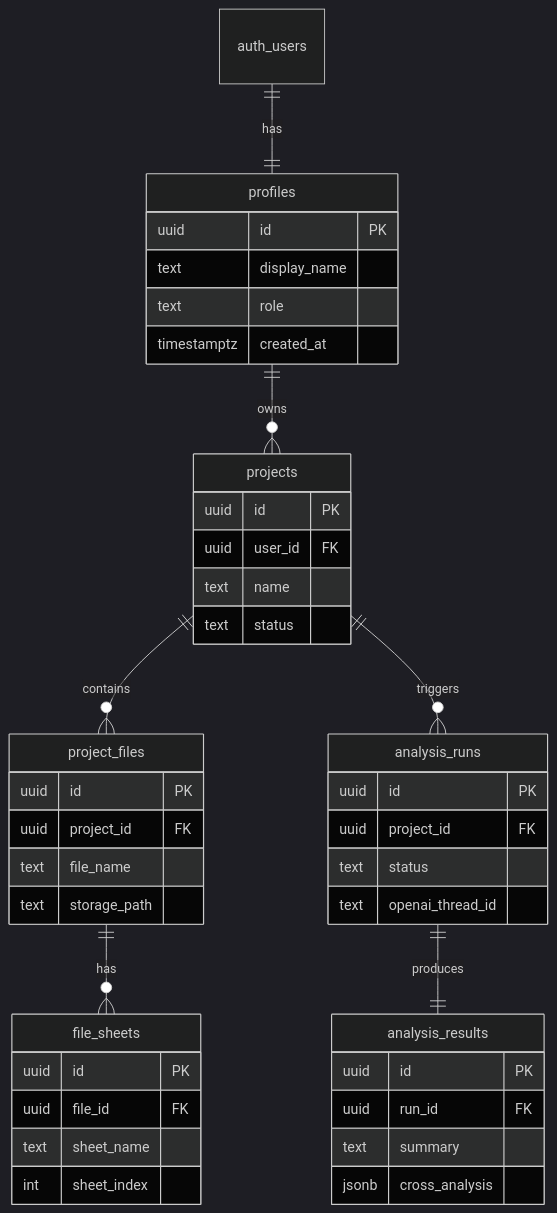
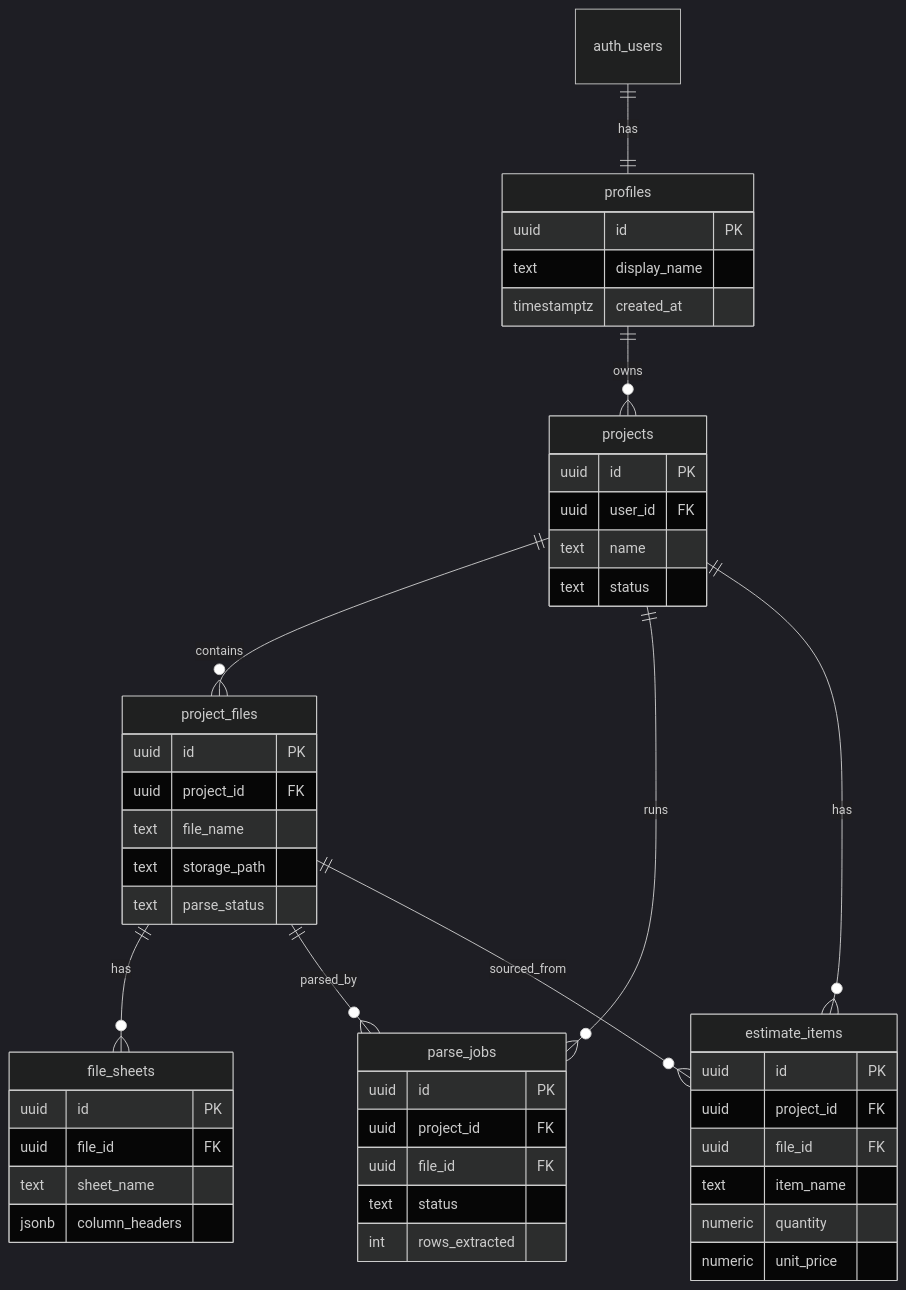
The diagram in docs/06_database_schema.md (DevCoreDXI76/excel-analysis), drawn with Mermaid (dark theme) before and after one commit. The commit also changed other lines of this file and 41 other files, not shown here.

````diff
--- a/docs/06_database_schema.md
+++ b/docs/06_database_schema.md
@@ -67,51 +78,56 @@
 ```mermaid
 erDiagram
   auth_users ||--|| profiles : has
   profiles ||--o{ projects : owns
   projects ||--o{ project_files : contains
   project_files ||--o{ file_sheets : has
-  projects ||--o{ analysis_runs : triggers
-  analysis_runs ||--|| analysis_results : produces
+  projects ||--o{ parse_jobs : runs
+  project_files ||--o{ parse_jobs : parsed_by
+  projects ||--o{ estimate_items : has
+  project_files ||--o{ estimate_items : sourced_from
 
   profiles {
     uuid id PK
     text display_name
-    text role
     timestamptz created_at
   }
 
   projects {
     uuid id PK
     uuid user_id FK
     text name
     text status
   }
 
   project_files {
     uuid id PK
     uuid project_id FK
     text file_name
     text storage_path
+    text parse_status
   }
 
   file_sheets {
     uuid id PK
     uuid file_id FK
     text sheet_name
-    int sheet_index
+    jsonb column_headers
   }
 
-  analysis_runs {
+  parse_jobs {
     uuid id PK
     uuid project_id FK
+    uuid file_id FK
     text status
-    text openai_thread_id
+    int rows_extracted
   }
 
-  analysis_results {
+  estimate_items {
     uuid id PK
-    uuid run_id FK
-    text summary
-    jsonb cross_analysis
+    uuid project_id FK
+    uuid file_id FK
+    text item_name
+    numeric quantity
+    numeric unit_price
   }
 ```
````
